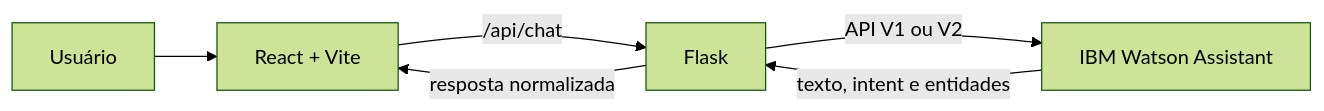
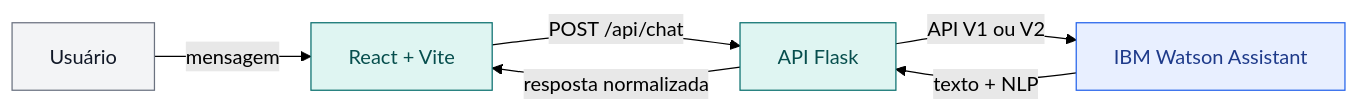
The diagram in README.md (Hinten/fiap2_fase5_cap1), drawn with Mermaid (forest theme) before and after one commit. The commit also changed other lines of this file and 2 other files, not shown here.

````diff
--- a/README.md
+++ b/README.md
@@ -45,8 +133,15 @@
 ```mermaid
 flowchart LR
-    U[Usuário] --> R[React + Vite]
-    R -->|/api/chat| F[Flask]
+    U[Usuário] -->|mensagem| R[React + Vite]
+    R -->|POST /api/chat| F[API Flask]
     F -->|API V1 ou V2| W[IBM Watson Assistant]
-    W -->|texto, intent e entidades| F
+    W -->|texto + NLP| F
     F -->|resposta normalizada| R
+
+    classDef user fill:#f3f4f6,stroke:#6b7280,color:#111827
+    classDef app fill:#dff5f2,stroke:#0b706f,color:#064e4d
+    classDef external fill:#e8efff,stroke:#2563eb,color:#1e3a8a
+    class U user
+    class R,F app
+    class W external
 ```
````
